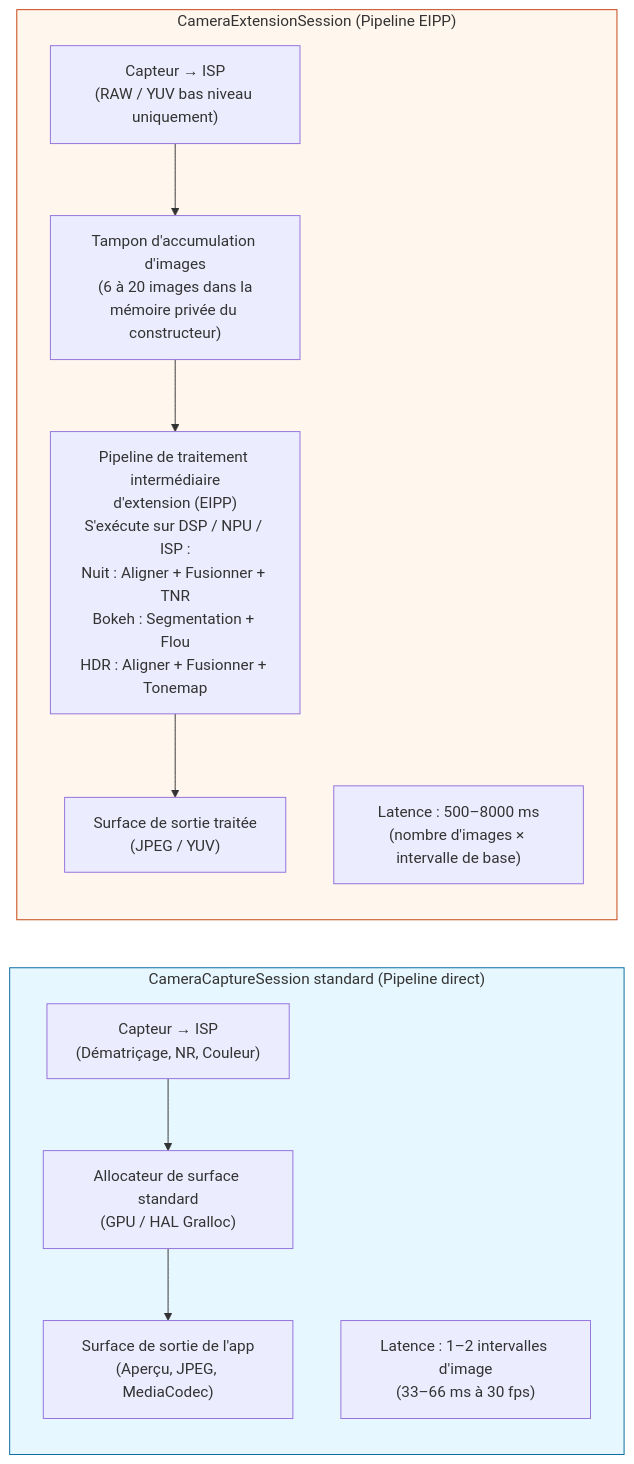
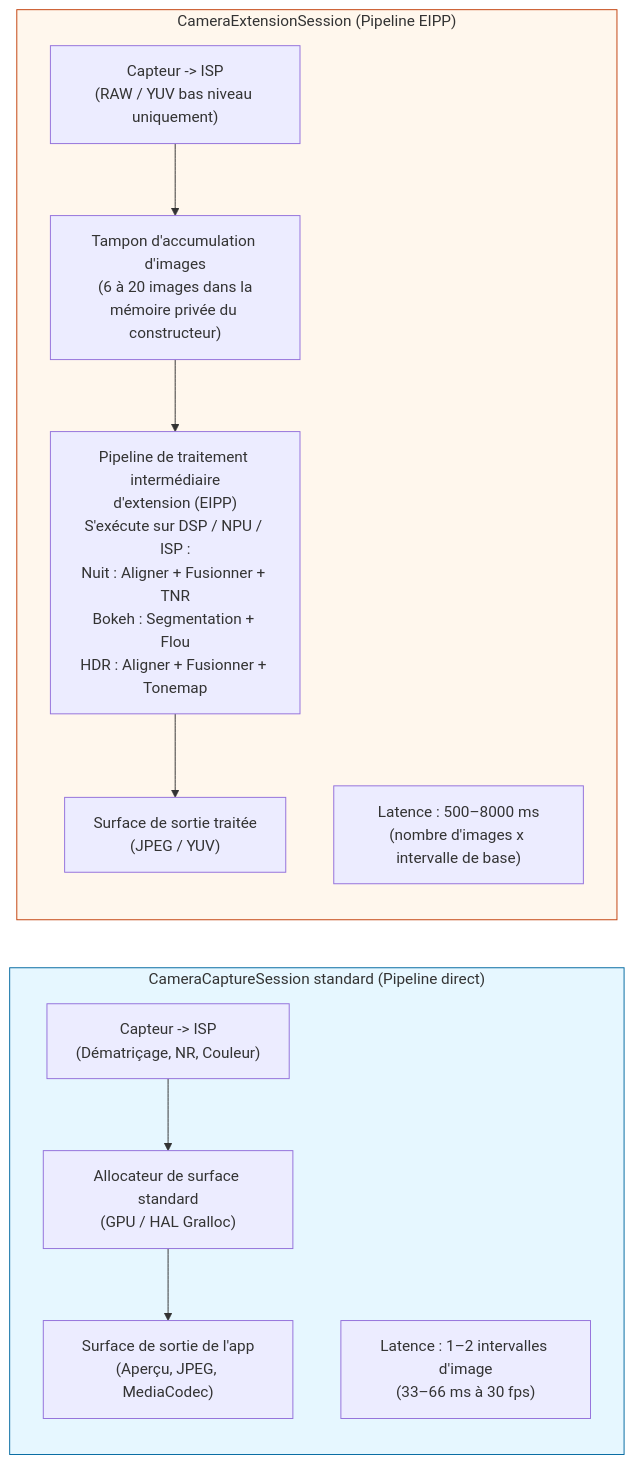
One commit to zoozooll/AndroidCameraParameters changed the first of 2 diagrams in website/i18n/fr/docusaurus-plugin-content-docs/current/camera2/camera-extensions.md. Above: the diagram before and after it, drawn with Mermaid. The commit also changed other lines of this file and 77 other files, not shown here.

First line of the commit message:
docs: standardize Mermaid syntax and polish 3A pipeline translations

````diff
--- a/website/i18n/fr/docusaurus-plugin-content-docs/current/camera2/camera-extensions.md
+++ b/website/i18n/fr/docusaurus-plugin-content-docs/current/camera2/camera-extensions.md
@@ -34,24 +34,24 @@
 ```mermaid
 flowchart LR
     subgraph STANDARD["CameraCaptureSession standard (Pipeline direct)"]
         direction TB
-        S1["Capteur → ISP<br/>(Dématriçage, NR, Couleur)"]
+        S1["Capteur -> ISP<br/>(Dématriçage, NR, Couleur)"]
         S2["Allocateur de surface standard<br/>(GPU / HAL Gralloc)"]
         S3["Surface de sortie de l'app<br/>(Aperçu, JPEG, MediaCodec)"]
         S1 --> S2 --> S3
         SLAT["Latence : 1–2 intervalles d'image<br/>(33–66 ms à 30 fps)"]
     end
 
     subgraph EXTENSION["CameraExtensionSession (Pipeline EIPP)"]
         direction TB
-        E1["Capteur → ISP<br/>(RAW / YUV bas niveau uniquement)"]
+        E1["Capteur -> ISP<br/>(RAW / YUV bas niveau uniquement)"]
         E2["Tampon d'accumulation d'images<br/>(6 à 20 images dans la<br/>mémoire privée du constructeur)"]
         E3["Pipeline de traitement intermédiaire<br/>d'extension (EIPP)<br/>S'exécute sur DSP / NPU / ISP :<br/>Nuit : Aligner + Fusionner + TNR<br/>Bokeh : Segmentation + Flou<br/>HDR : Aligner + Fusionner + Tonemap"]
         E4["Surface de sortie traitée<br/>(JPEG / YUV)"]
         E1 --> E2 --> E3 --> E4
-        ELAT["Latence : 500–8000 ms<br/>(nombre d'images × intervalle de base)"]
+        ELAT["Latence : 500–8000 ms<br/>(nombre d'images x intervalle de base)"]
     end
 
     style STANDARD fill:#e6f7ff,stroke:#0369a1
     style EXTENSION fill:#fff7ed,stroke:#c2410c
 ```
````
